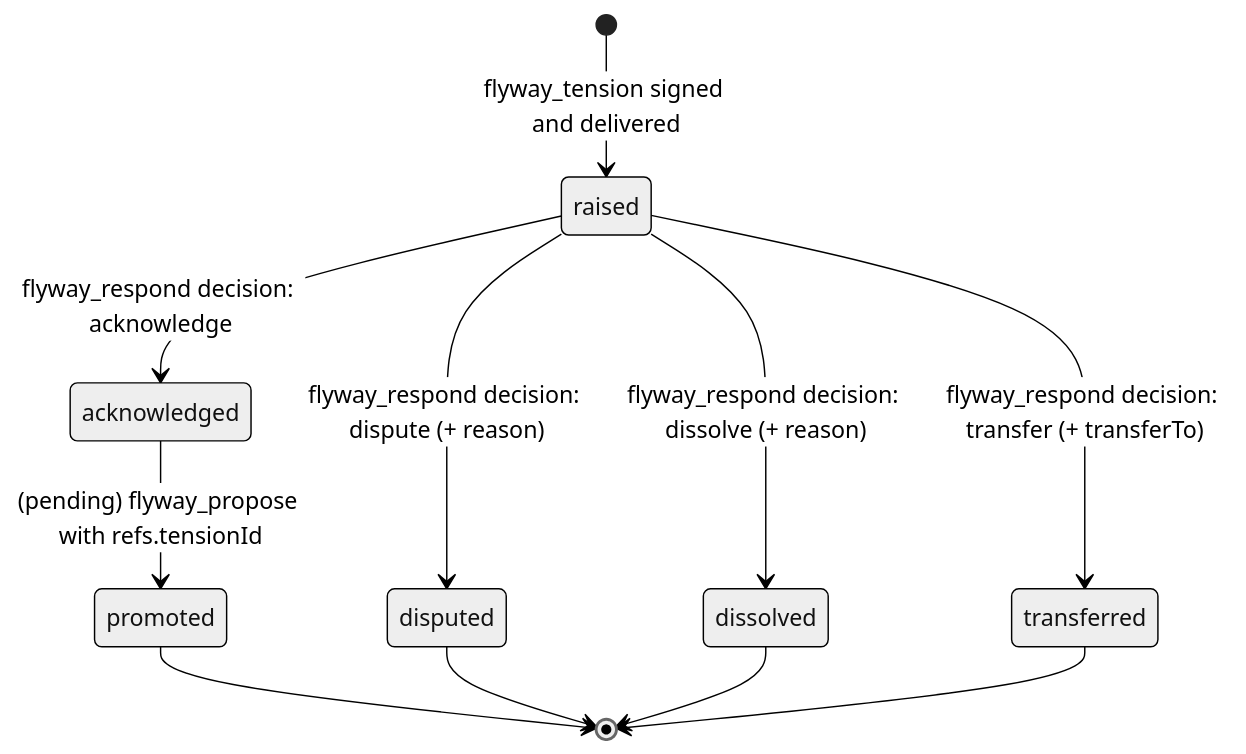
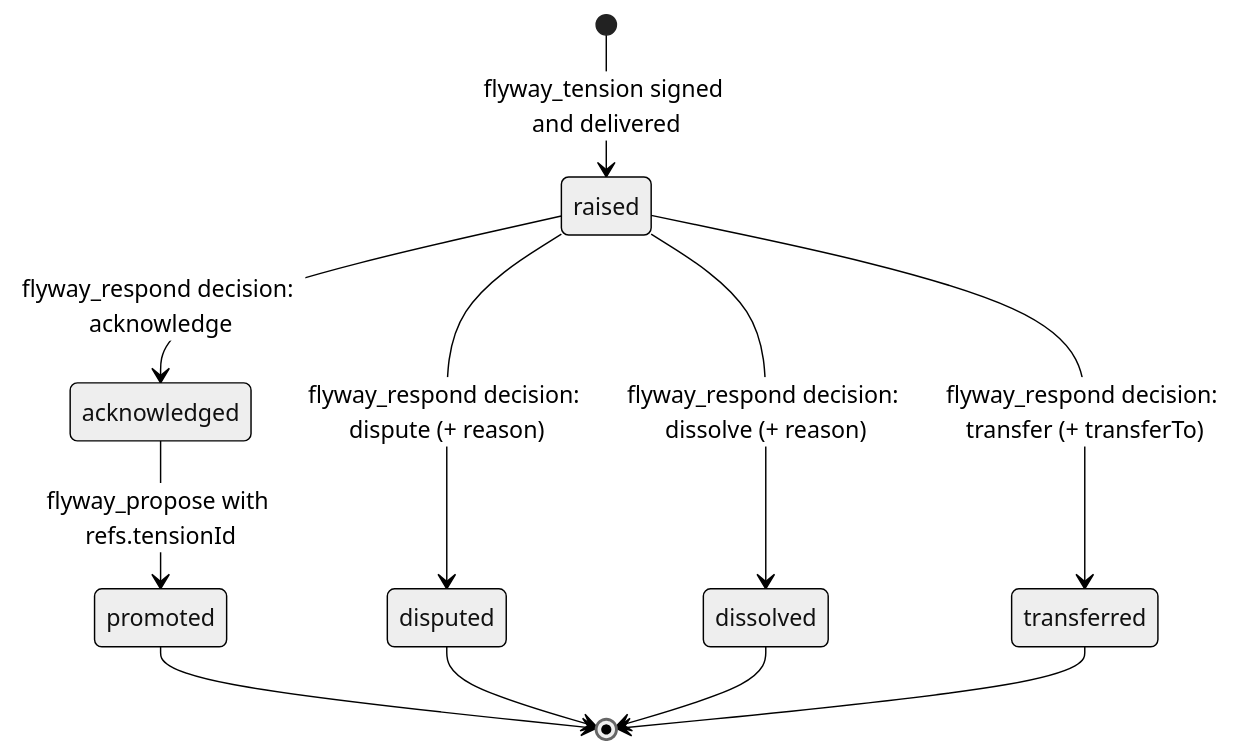
One commit to murmurations-ai/flyway changed the tenth of 13 diagrams in docs/architecture/how-flyway-works.md. Above: the diagram before and after it, drawn with Mermaid (neutral theme). The commit also changed other lines of this file and 3 other files, not shown here.

````diff
--- a/docs/architecture/how-flyway-works.md
+++ b/docs/architecture/how-flyway-works.md
@@ -569,13 +577,13 @@
 ```mermaid
 stateDiagram-v2
   [*] --> raised: flyway_tension signed and delivered
   raised --> acknowledged: flyway_respond decision: acknowledge
   raised --> disputed: flyway_respond decision: dispute (+ reason)
   raised --> dissolved: flyway_respond decision: dissolve (+ reason)
   raised --> transferred: flyway_respond decision: transfer (+ transferTo)
-  acknowledged --> promoted: (pending) flyway_propose with refs.tensionId
+  acknowledged --> promoted: flyway_propose with refs.tensionId
   promoted --> [*]
   disputed --> [*]
   dissolved --> [*]
   transferred --> [*]
 ```
````
